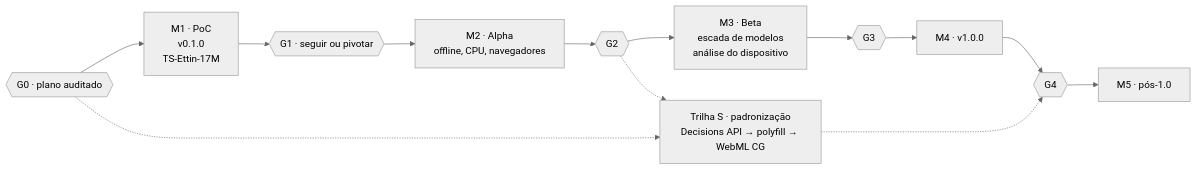
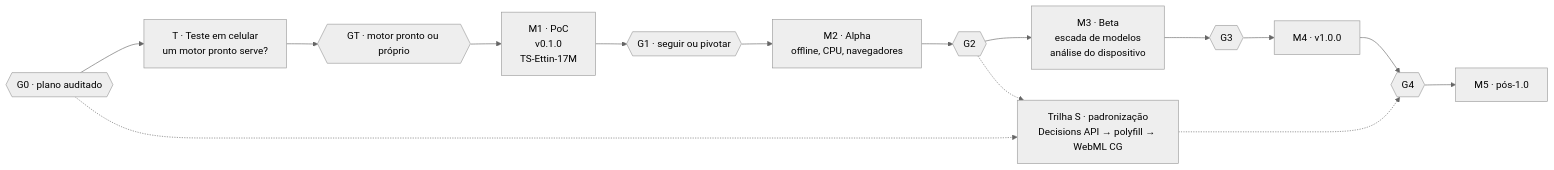
One commit to frederico-kluser/som-webcore changed the first of 9 diagrams in ROADMAP.md. Above: the diagram before and after it, drawn with Mermaid (neutral theme). The commit also changed other lines of this file and 5 other files, not shown here.

First line of the commit message:
docs(roadmap): teste em celular antes de escolher o motor (#6)

````diff
--- a/ROADMAP.md
+++ b/ROADMAP.md
@@ -73,15 +74,17 @@
 ```mermaid
 flowchart LR
-    G0{{"G0 · plano auditado"}} --> M1["M1 · PoC<br/>v0.1.0<br/>TS-Ettin-17M"]
+    G0{{"G0 · plano auditado"}} --> MT["T · Teste em celular<br/>um motor pronto serve?"]
+    MT --> GT{{"GT · motor pronto ou próprio"}}
+    GT --> M1["M1 · PoC<br/>v0.1.0<br/>TS-Ettin-17M"]
     M1 --> G1{{"G1 · seguir ou pivotar"}}
     G1 --> M2["M2 · Alpha<br/>offline, CPU, navegadores"]
     M2 --> G2{{"G2"}}
     G2 --> M3["M3 · Beta<br/>escada de modelos<br/>análise do dispositivo"]
     M3 --> G3{{"G3"}}
     G3 --> M4["M4 · v1.0.0"]
     M4 --> G4{{"G4"}}
     G4 --> M5["M5 · pós-1.0"]
     G0 -.-> S["Trilha S · padronização<br/>Decisions API → polyfill → WebML CG"]
     G2 -.-> S
     S -.-> G4
 ```
````
